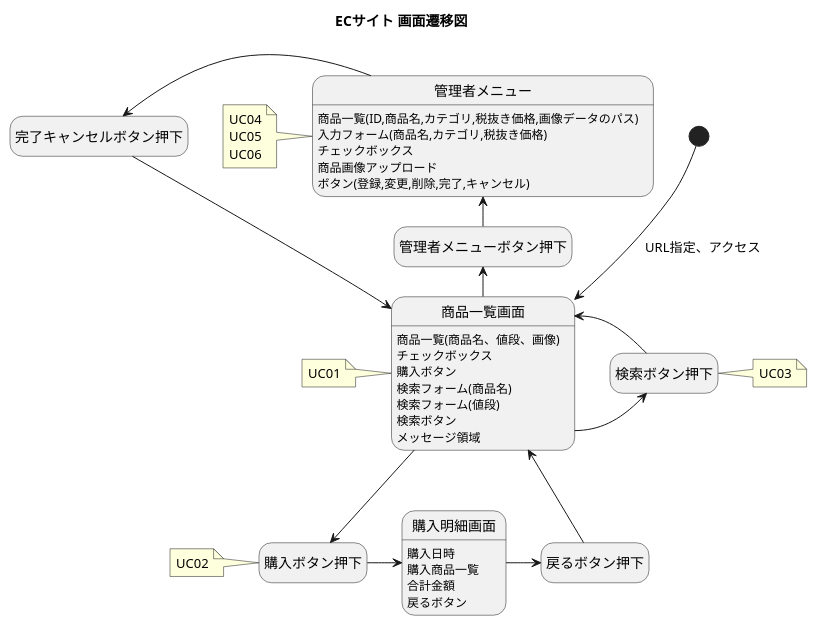
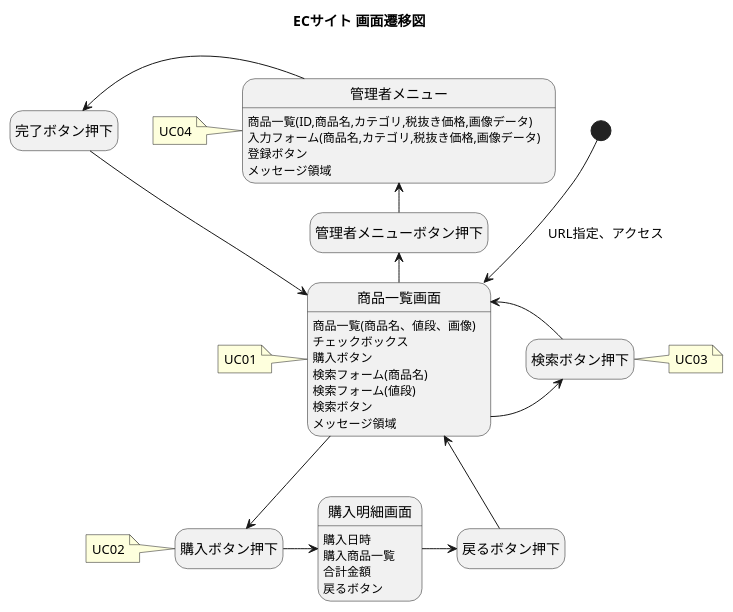
One commit to wnakayama/ojt_ecsite changed the diagram in UseCase/ScreenTransition.puml. Above: the diagram before and after it, drawn with PlantUML.

Commit message:
UC05,06を想定した設計からUC04に絞った設計に変更

```diff
--- a/UseCase/ScreenTransition.puml
+++ b/UseCase/ScreenTransition.puml
@@ -1,53 +1,50 @@
 @startuml
 title ECサイト 画面遷移図
 hide empty description
 
 [*] --> 商品一覧画面 : URL指定、アクセス 
 商品一覧画面 : 商品一覧(商品名、値段、画像)
 商品一覧画面 : チェックボックス
 商品一覧画面 : 購入ボタン
 商品一覧画面 : 検索フォーム(商品名)
 商品一覧画面 : 検索フォーム(値段)
 商品一覧画面 : 検索ボタン
 商品一覧画面 : メッセージ領域
 
 note left of 商品一覧画面
 UC01
 end note
 
 商品一覧画面 --> 購入ボタン押下
 note left of 購入ボタン押下
 UC02
 end note
 
 購入ボタン押下 -right-> 購入明細画面
 購入明細画面 : 購入日時
 購入明細画面 : 購入商品一覧
 購入明細画面 : 合計金額
 購入明細画面 : 戻るボタン
 
 購入明細画面 -right-> 戻るボタン押下
 戻るボタン押下 --> 商品一覧画面
 
 商品一覧画面 -right-> 検索ボタン押下
 検索ボタン押下 -left-> 商品一覧画面
 note right of 検索ボタン押下
 UC03
 end note
 
 商品一覧画面 -left-> 管理者メニューボタン押下
 管理者メニューボタン押下 -left-> 管理者メニュー
-管理者メニュー : 商品一覧(ID,商品名,カテゴリ,税抜き価格,画像データのパス)
-管理者メニュー : 入力フォーム(商品名,カテゴリ,税抜き価格)
-管理者メニュー : チェックボックス
-管理者メニュー : 商品画像アップロード
-管理者メニュー : ボタン(登録,変更,削除,完了,キャンセル)
-管理者メニュー -left-> 完了キャンセルボタン押下 
-完了キャンセルボタン押下 --> 商品一覧画面
+管理者メニュー : 商品一覧(ID,商品名,カテゴリ,税抜き価格,画像データ)
+管理者メニュー : 入力フォーム(商品名,カテゴリ,税抜き価格,画像データ)
+管理者メニュー : 登録ボタン
+管理者メニュー : メッセージ領域
+管理者メニュー -left-> 完了ボタン押下 
+完了ボタン押下 --> 商品一覧画面
 
 note left of 管理者メニュー
 UC04
-UC05
-UC06
 end note
 @enduml
```
